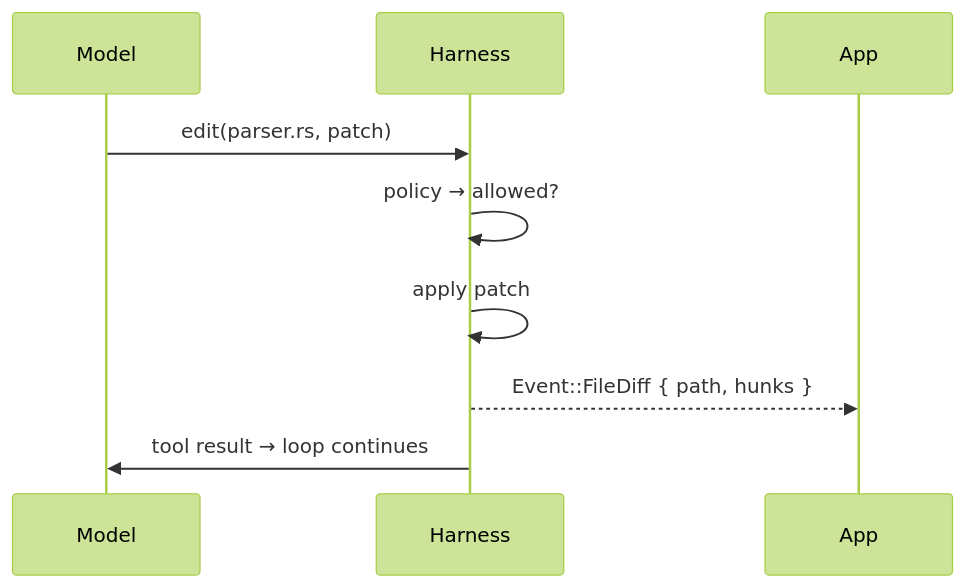
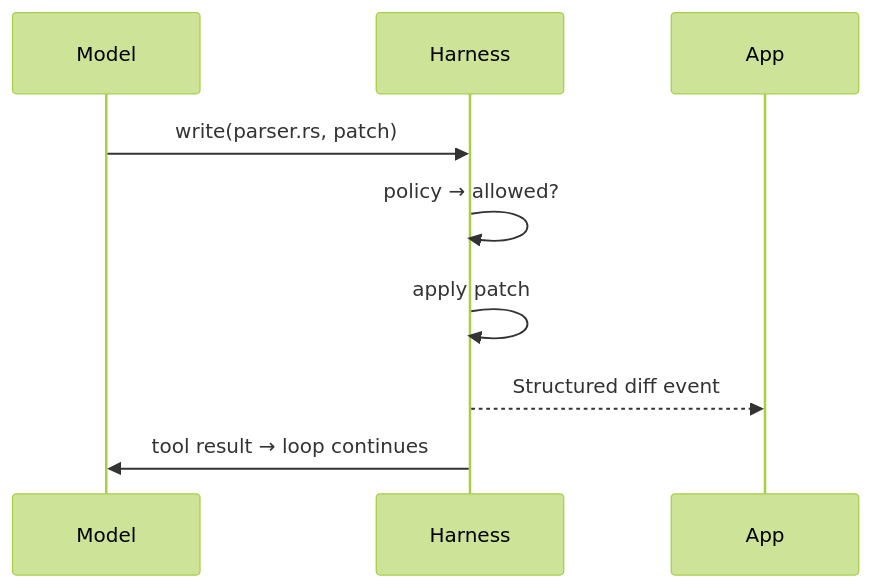
One commit to artemgoncharuk/agentty changed the third of 3 diagrams in docs/plans/2026-07-05-ag-harness-vision.md. Above: the diagram before and after it, drawn with Mermaid (forest theme). The commit also changed other lines of this file, not shown here.

````diff
--- a/docs/plans/2026-07-05-ag-harness-vision.md
+++ b/docs/plans/2026-07-05-ag-harness-vision.md
@@ -100,11 +64,11 @@
 ```mermaid
 sequenceDiagram
     participant M as Model
     participant H as Harness
     participant App
-    M->>H: edit(parser.rs, patch)
+    M->>H: write(parser.rs, patch)
     H->>H: policy → allowed?
     H->>H: apply patch
-    H-->>App: Event::FileDiff { path, hunks }
+    H-->>App: Structured diff event
     H->>M: tool result → loop continues
 ```
````
